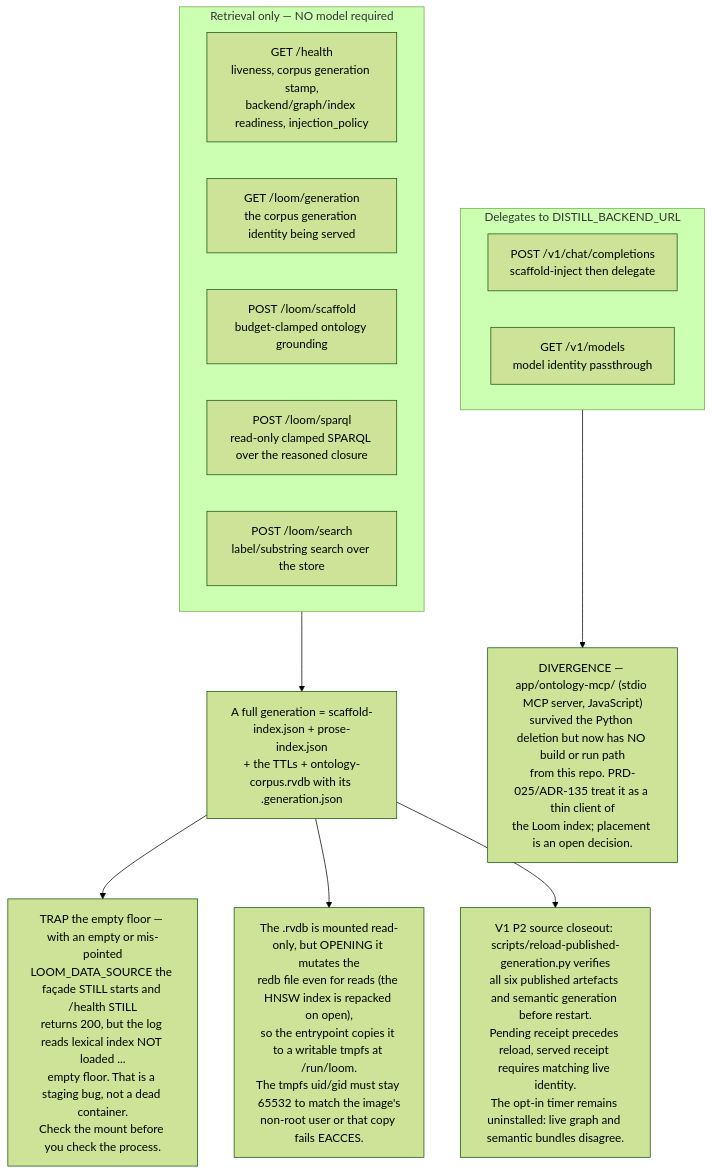
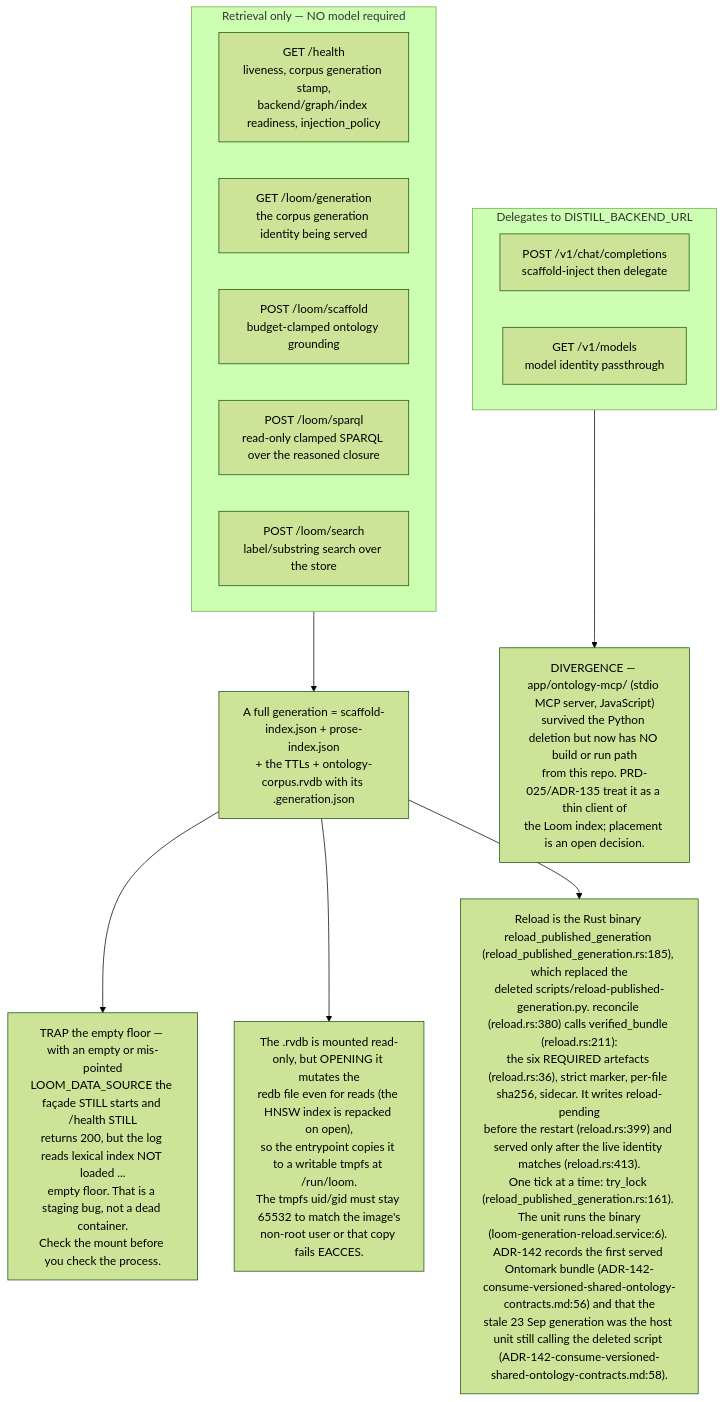
One commit to DreamLab-AI/VisionFlow changed the sixth of 11 diagrams in docs/diagrams/estate/06-loom-and-email-privacy-path.md. Above: the diagram before and after it, drawn with Mermaid (forest theme). The commit also changed other lines of this file and 80 other files, not shown here.

First line of the commit message:
docs(diagrams): re-verify the agentbox, dreamlab, estate and visionflow corpus against current sources

````diff
--- a/docs/diagrams/estate/06-loom-and-email-privacy-path.md
+++ b/docs/diagrams/estate/06-loom-and-email-privacy-path.md
@@ -193,25 +195,25 @@
 ```mermaid
 flowchart TB
     subgraph nomodel["Retrieval only — NO model required"]
         E1["GET /health<br/>liveness, corpus generation stamp,<br/>backend/graph/index readiness, injection_policy"]
         E2["GET /loom/generation<br/>the corpus generation identity being served"]
         E3["POST /loom/scaffold<br/>budget-clamped ontology grounding"]
         E4["POST /loom/sparql<br/>read-only clamped SPARQL over the reasoned closure"]
         E5["POST /loom/search<br/>label/substring search over the store"]
     end
     subgraph needsmodel["Delegates to DISTILL_BACKEND_URL"]
         E6["POST /v1/chat/completions<br/>scaffold-inject then delegate"]
         E7["GET /v1/models<br/>model identity passthrough"]
     end
     GEN["A full generation = scaffold-index.json + prose-index.json<br/>+ the TTLs + ontology-corpus.rvdb with its .generation.json"]
     T1["TRAP the empty floor — with an empty or mis-pointed<br/>LOOM_DATA_SOURCE the façade STILL starts and /health STILL<br/>returns 200, but the log reads lexical index NOT loaded ...<br/>empty floor. That is a staging bug, not a dead container.<br/>Check the mount before you check the process."]
     T2["The .rvdb is mounted read-only, but OPENING it mutates the<br/>redb file even for reads (the HNSW index is repacked on open),<br/>so the entrypoint copies it to a writable tmpfs at /run/loom.<br/>The tmpfs uid/gid must stay 65532 to match the image's<br/>non-root user or that copy fails EACCES."]
-    D1["V1 P2 source closeout: scripts/reload-published-generation.py verifies<br/>all six published artefacts and semantic generation before restart.<br/>Pending receipt precedes reload, served receipt requires matching live identity.<br/>The opt-in timer remains uninstalled: live graph and semantic bundles disagree."]
+    D1["Reload is the Rust binary reload_published_generation (reload_published_generation.rs:185), which replaced the<br/>deleted scripts/reload-published-generation.py. reconcile (reload.rs:380) calls verified_bundle (reload.rs:211):<br/>the six REQUIRED artefacts (reload.rs:36), strict marker, per-file sha256, sidecar. It writes reload-pending<br/>before the restart (reload.rs:399) and served only after the live identity matches (reload.rs:413).<br/>One tick at a time: try_lock (reload_published_generation.rs:161). The unit runs the binary<br/>(loom-generation-reload.service:6). ADR-142 records the first served Ontomark bundle (ADR-142-consume-versioned-shared-ontology-contracts.md:56) and that the<br/>stale 23 Sep generation was the host unit still calling the deleted script (ADR-142-consume-versioned-shared-ontology-contracts.md:58)."]
     D2["DIVERGENCE — app/ontology-mcp/ (stdio MCP server, JavaScript)<br/>survived the Python deletion but now has NO build or run path<br/>from this repo. PRD-025/ADR-135 treat it as a thin client of<br/>the Loom index; placement is an open decision."]
 
     nomodel --> GEN
     GEN --> T1
     GEN --> T2
     GEN --> D1
     needsmodel --> D2
 ```
````
